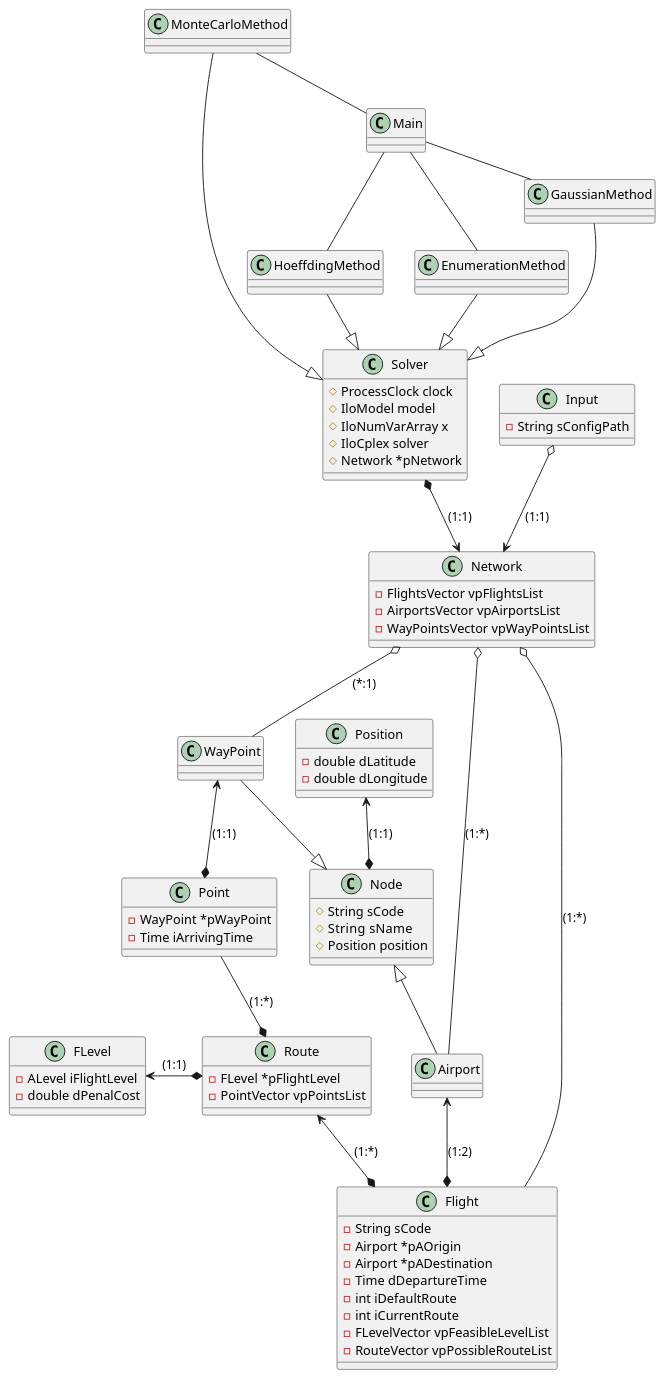
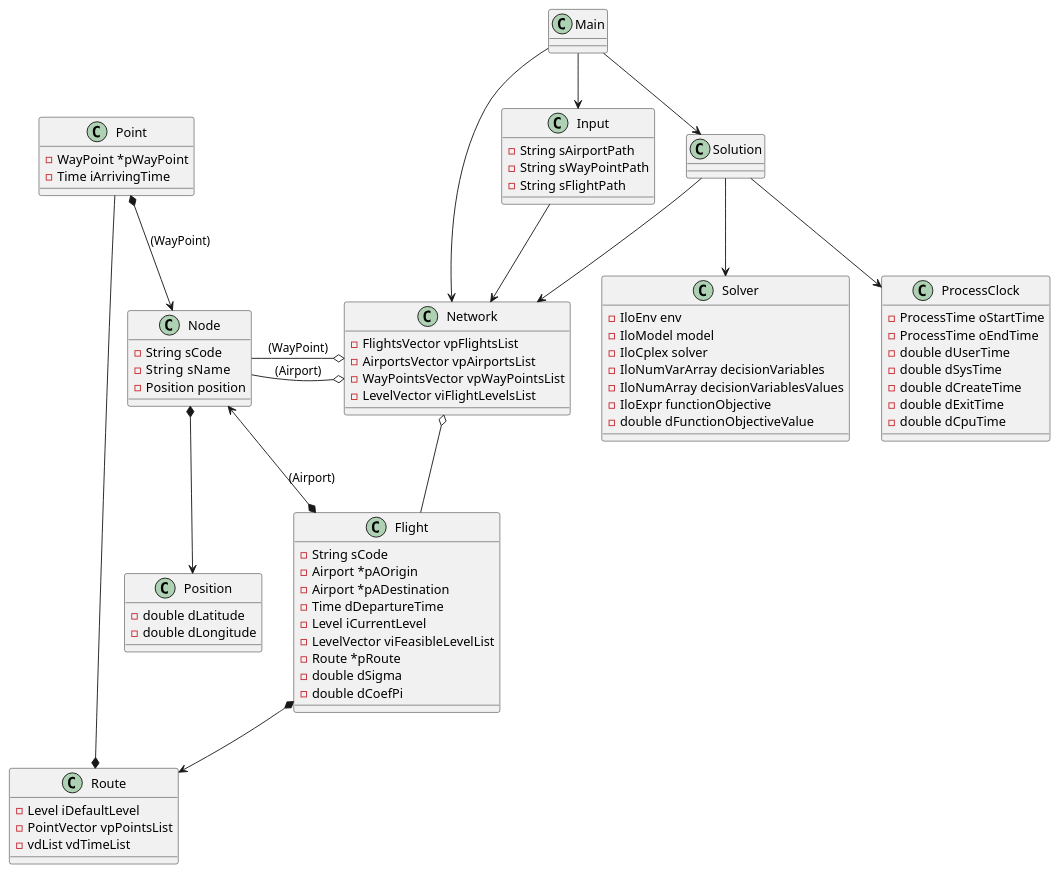
One commit to martinWANG2014/RobustFLA changed the diagram in uml/ClassDiagramSimple.puml. Above: the diagram before and after it, drawn with PlantUML. The commit also changed 14 other files, not shown here.

```diff
--- a/uml/ClassDiagramSimple.puml
+++ b/uml/ClassDiagramSimple.puml
@@ -1,81 +1,78 @@
 @startuml
 
 class Input{
-    -String sConfigPath
+    -String sAirportPath
+    -String sWayPointPath
+    -String sFlightPath
 }
 class Network{
     -FlightsVector vpFlightsList
     -AirportsVector vpAirportsList
     -WayPointsVector vpWayPointsList
+    -LevelVector viFlightLevelsList
 }
 class Position{
     -double dLatitude
     -double dLongitude
 }
 class Node{
-    #String sCode
-    #String  sName
-    #Position position
-}
-class FLevel{
-    -ALevel iFlightLevel
-    -double dPenalCost
+    -String sCode
+    -String  sName
+    -Position position
 }
 class Flight{
     -String sCode
     -Airport *pAOrigin
     -Airport *pADestination
     -Time dDepartureTime
-    -int iDefaultRoute
-    -int iCurrentRoute
-    -FLevelVector vpFeasibleLevelList
-    -RouteVector vpPossibleRouteList
+    -Level iCurrentLevel
+    -LevelVector viFeasibleLevelList
+    -Route *pRoute
+    -double dSigma
+    -double dCoefPi
 }
 class Point{
     -WayPoint *pWayPoint
     -Time iArrivingTime
-
 }
 class Route{
-    -FLevel *pFlightLevel
+    -Level iDefaultLevel
     -PointVector vpPointsList
+    -vdList vdTimeList
 }
 
 class Solver{
-    #ProcessClock clock
-    #IloModel model
-    #IloNumVarArray x
-    #IloCplex solver
-    #Network *pNetwork
-}
-class MonteCarloMethod{
-}
-class HoeffdingMethod{
-}
-class EnumerationMethod{
-}
-class GaussianMethod{
+    -IloEnv env
+    -IloModel model
+    -IloCplex solver
+    -IloNumVarArray decisionVariables
+    -IloNumArray decisionVariablesValues
+    -IloExpr functionObjective
+    -double dFunctionObjectiveValue
 }
 
-Airport -u-|> Node
-WayPoint --|> Node
-Route *-u- Point:(1:*)
-Route *-l-> FLevel:(1:1)
-Point *-u->WayPoint:(1:1)
-Flight *-u->Route:(1:*)
-Flight *-l->Airport:(1:2)
-Node *-u->Position:(1:1)
-Input o-->Network:(1:1)
-Network o--Flight:(1:*)
-Network o--Airport:(1:*)
-Network o--WayPoint:(*:1)
-Solver *-->Network:(1:1)
-MonteCarloMethod -u-|> Solver
-HoeffdingMethod -d-|> Solver
-EnumerationMethod --|> Solver
-GaussianMethod -r-|> Solver
-Main -u- MonteCarloMethod
-Main -d- HoeffdingMethod
-Main -- EnumerationMethod
-Main -r- GaussianMethod
+class ProcessClock{
+    -ProcessTime oStartTime
+    -ProcessTime oEndTime
+    -double dUserTime
+    -double dSysTime
+    -double dCreateTime
+    -double dExitTime
+    -double dCpuTime
+}
+Route *-l- Point
+Point *-->Node:(WayPoint)
+Flight *-->Route
+Flight *-->Node:(Airport)
+Node *-->Position
+Input -->Network
+Network o--Flight
+Network o-l-Node:(Airport)
+Network o--Node:(WayPoint)
+Main -->Solution
+Main -->Input
+Main -->Network
+Solution -->Network
+Solution -->Solver
+Solution -->ProcessClock
 @enduml
```
